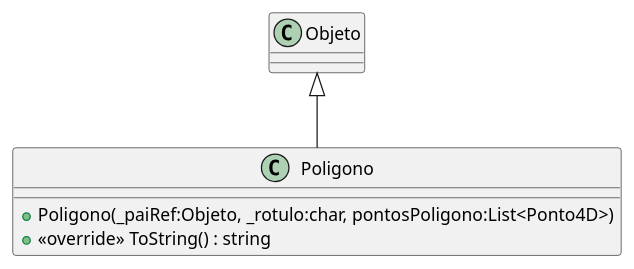
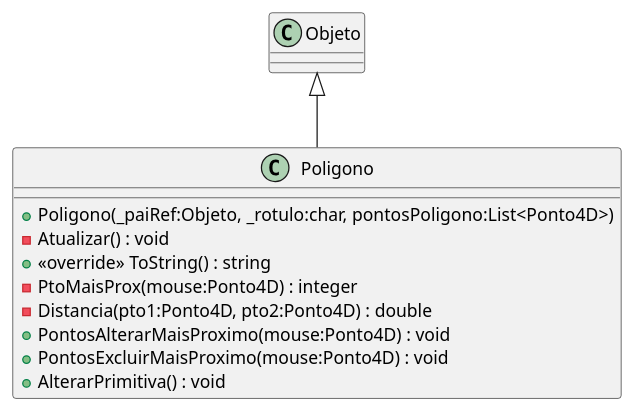
The diagram in Unidade3/CG_N3_Exemplo/plantuml/Poligono.puml (gcgfurb/disciplinaCg_2024-1_not_equipe-06), drawn with PlantUML before and after one commit. The commit also changed 10 other files, not shown here.

Commit message:
Ajuste diagramas

```diff
--- a/Unidade3/CG_N3_Exemplo/plantuml/Poligono.puml
+++ b/Unidade3/CG_N3_Exemplo/plantuml/Poligono.puml
@@ -1,7 +1,14 @@
-@startuml
+@startuml Poligono
 class Poligono {
     + Poligono(_paiRef:Objeto, _rotulo:char, pontosPoligono:List<Ponto4D>)
+    - Atualizar() : void
     + <<override>> ToString() : string
+    - PtoMaisProx(mouse:Ponto4D) : integer
+    - Distancia(pto1:Ponto4D, pto2:Ponto4D) : double
+    + PontosAlterarMaisProximo(mouse:Ponto4D) : void 
+    + PontosExcluirMaisProximo(mouse:Ponto4D) : void
+    + AlterarPrimitiva() : void
+         
 }
 Objeto <|-- Poligono
 @enduml
```
